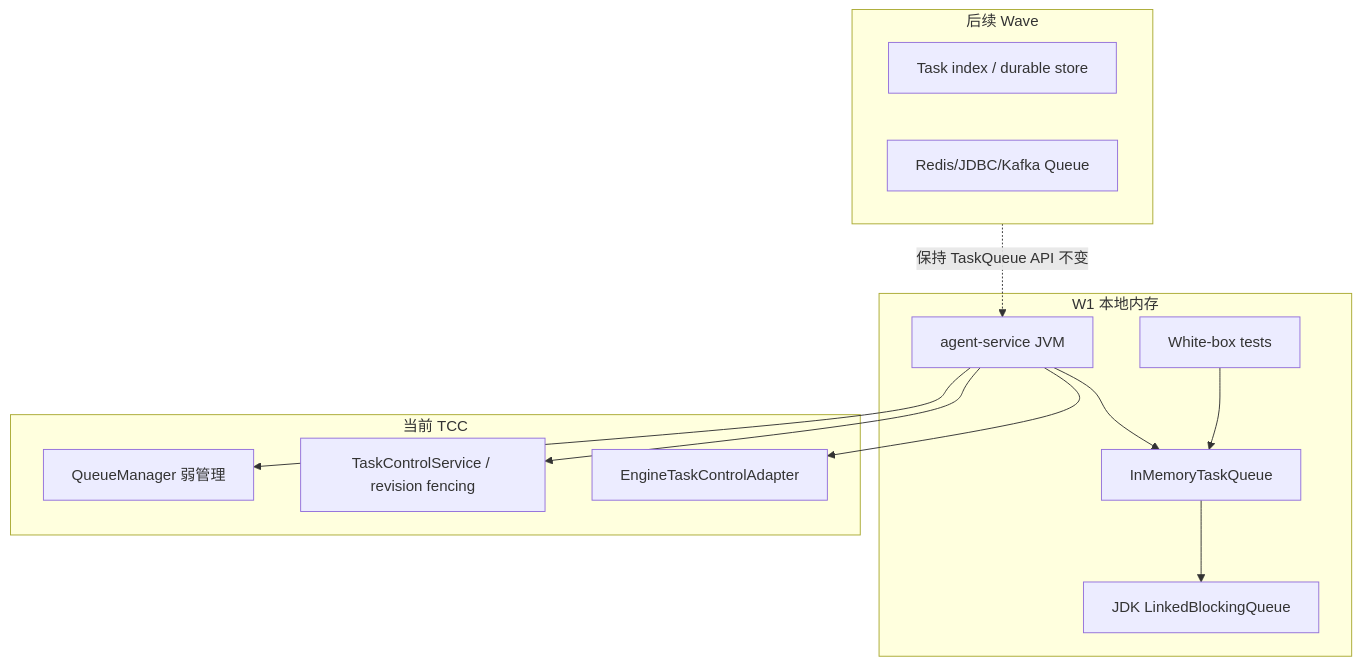
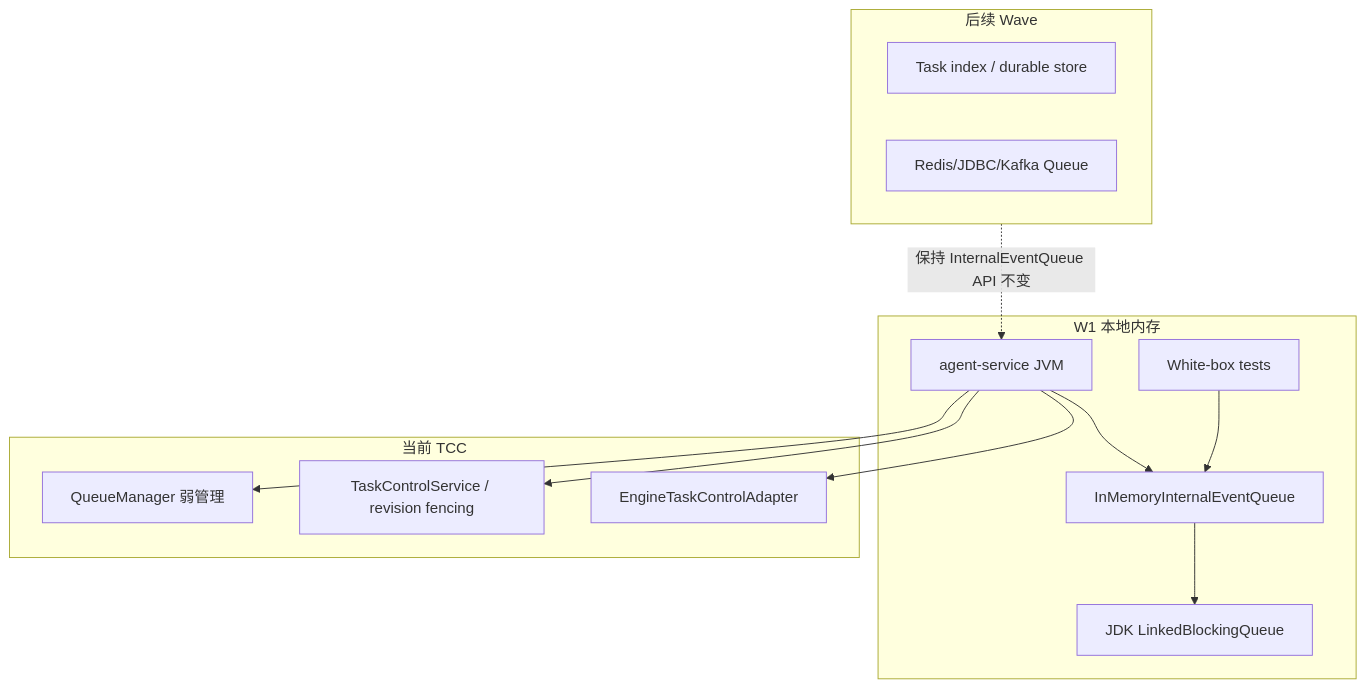
The fourth of 6 diagrams in architecture/docs/L1/agent-service/2026-05-30-agent-service-l3-l4-task-queue-control-architecture-proposal.cn.md (qhily/spring-ai-ascend), drawn with Mermaid before and after one commit. The commit also changed other lines of this file and 40 other files, not shown here.

Commit message:
Implement Internal Event Queue and Task-Centric Control flow

````diff
--- a/architecture/docs/L1/agent-service/2026-05-30-agent-service-l3-l4-task-queue-control-architecture-proposal.cn.md
+++ b/architecture/docs/L1/agent-service/2026-05-30-agent-service-l3-l4-task-queue-control-architecture-proposal.cn.md
@@ -225,28 +225,28 @@
 ```mermaid
 flowchart TB
     subgraph W1["W1 本地内存"]
         JVM["agent-service JVM"]
-        Q["InMemoryTaskQueue"]
+        Q["InMemoryInternalEventQueue"]
         JDK["JDK LinkedBlockingQueue"]
         Tests["White-box tests"]
     end
 
     subgraph CurrentControl["当前 TCC"]
         Manager["QueueManager 弱管理"]
         Service["TaskControlService / revision fencing"]
         Adapter["EngineTaskControlAdapter"]
     end
 
     subgraph Future["后续 Wave"]
         Store["Task index / durable store"]
         DistQueue["Redis/JDBC/Kafka Queue"]
     end
 
     JVM --> Q
     Q --> JDK
     Tests --> Q
     JVM --> Manager
     JVM --> Service
     JVM --> Adapter
-    Future -.保持 TaskQueue API 不变.-> JVM
+    Future -.保持 InternalEventQueue API 不变.-> JVM
 ```
````
